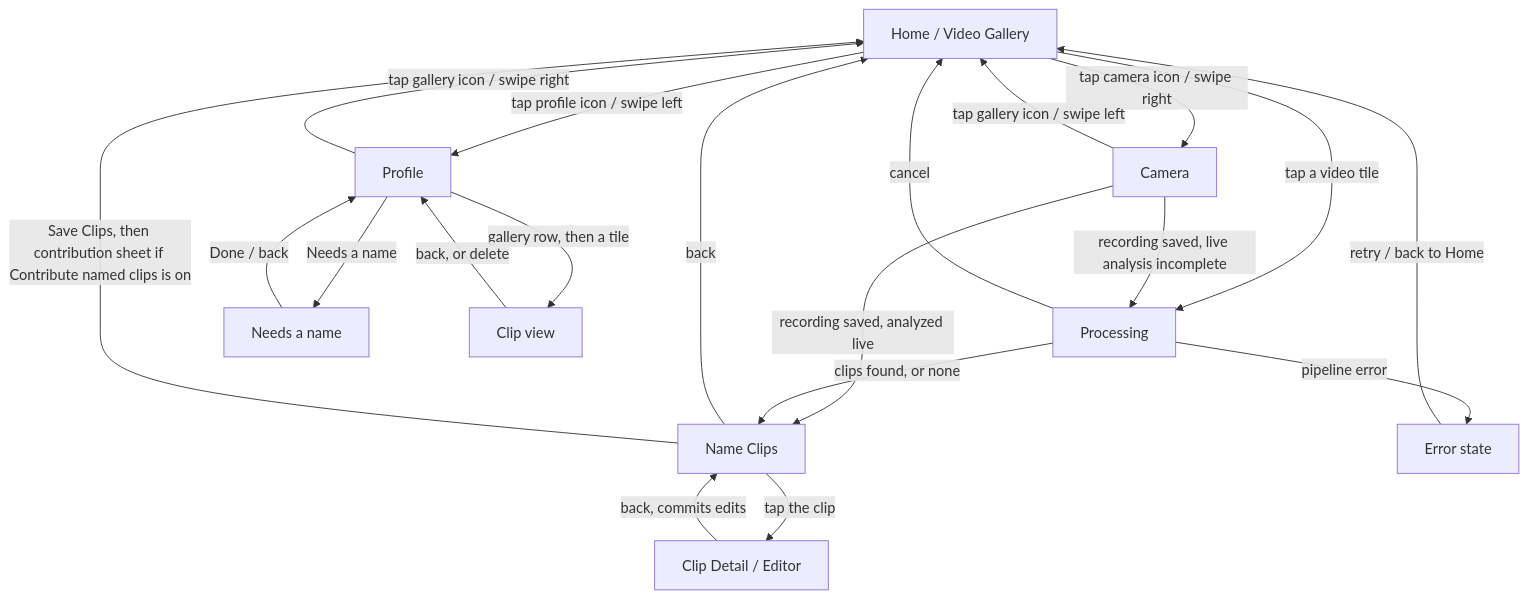
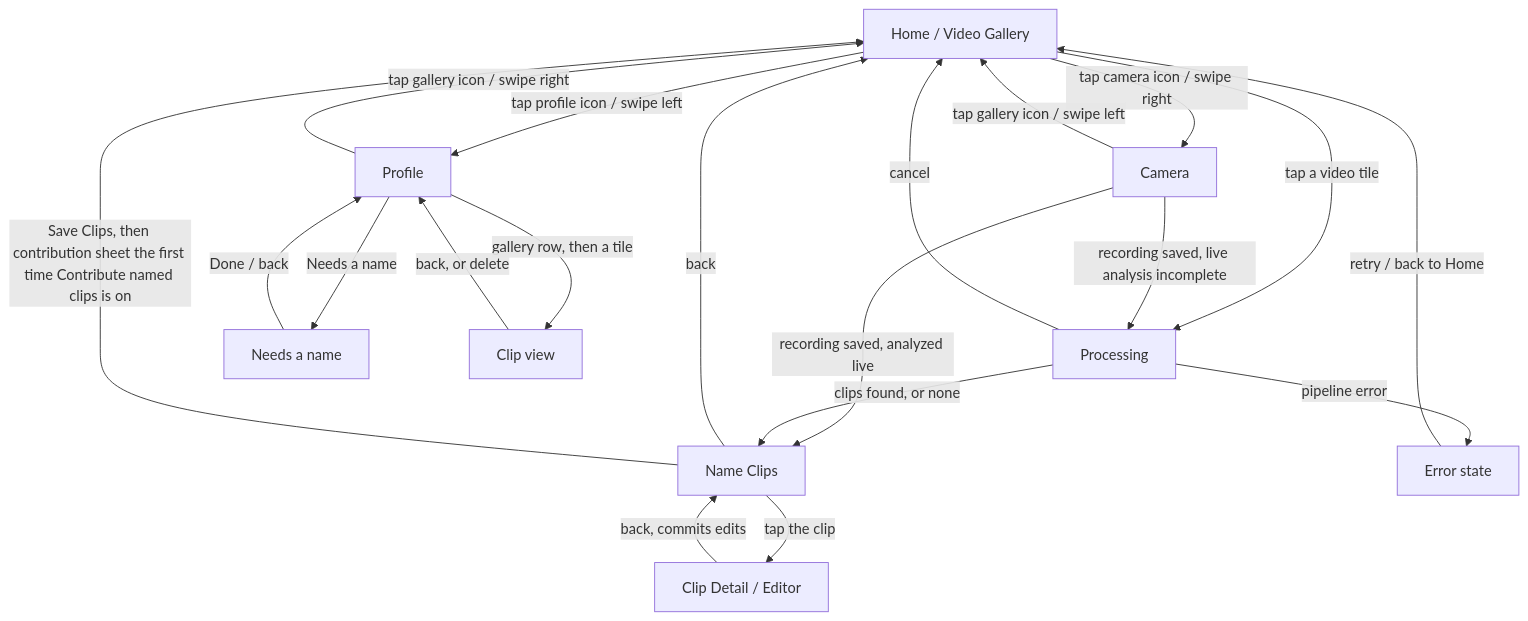
Before and after one commit to Museoie/turnip-ios: the diagram in docs/UIUX.md, drawn with Mermaid. The commit also changed other lines of this file and 24 other files, not shown here.

Commit message:
feat(contribution): ask once, then upload in the background (#287)

````diff
--- a/docs/UIUX.md
+++ b/docs/UIUX.md
@@ -202,22 +207,22 @@
 ```mermaid
 flowchart TD
     A[Home / Video Gallery] -->|tap a video tile| B[Processing]
     A -->|tap camera icon / swipe right| G[Camera]
     G -->|tap gallery icon / swipe left| A
     A -->|tap profile icon / swipe left| P[Profile]
     P -->|tap gallery icon / swipe right| A
     G -->|recording saved, analyzed live| N
     G -->|recording saved, live analysis incomplete| B
     B -->|clips found, or none| N[Name Clips]
     B -->|pipeline error| E2[Error state]
     B -->|cancel| A
     E2 -->|retry / back to Home| A
     N -->|tap the clip| D[Clip Detail / Editor]
     D -->|back, commits edits| N
     N -->|back| A
-    N -->|Save Clips, then contribution sheet if Contribute named clips is on| A
+    N -->|Save Clips, then contribution sheet the first time Contribute named clips is on| A
     P -->|Needs a name| NN[Needs a name]
     NN -->|Done / back| P
     P -->|gallery row, then a tile| CV[Clip view]
     CV -->|back, or delete| P
 ```
````
